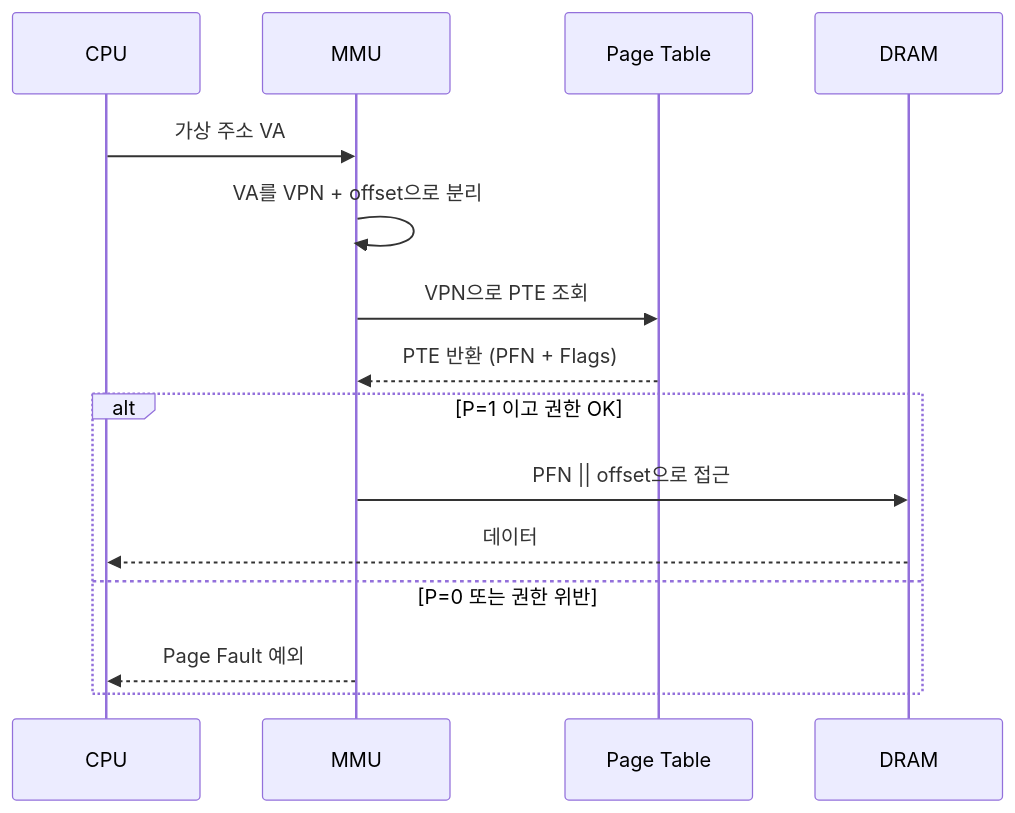
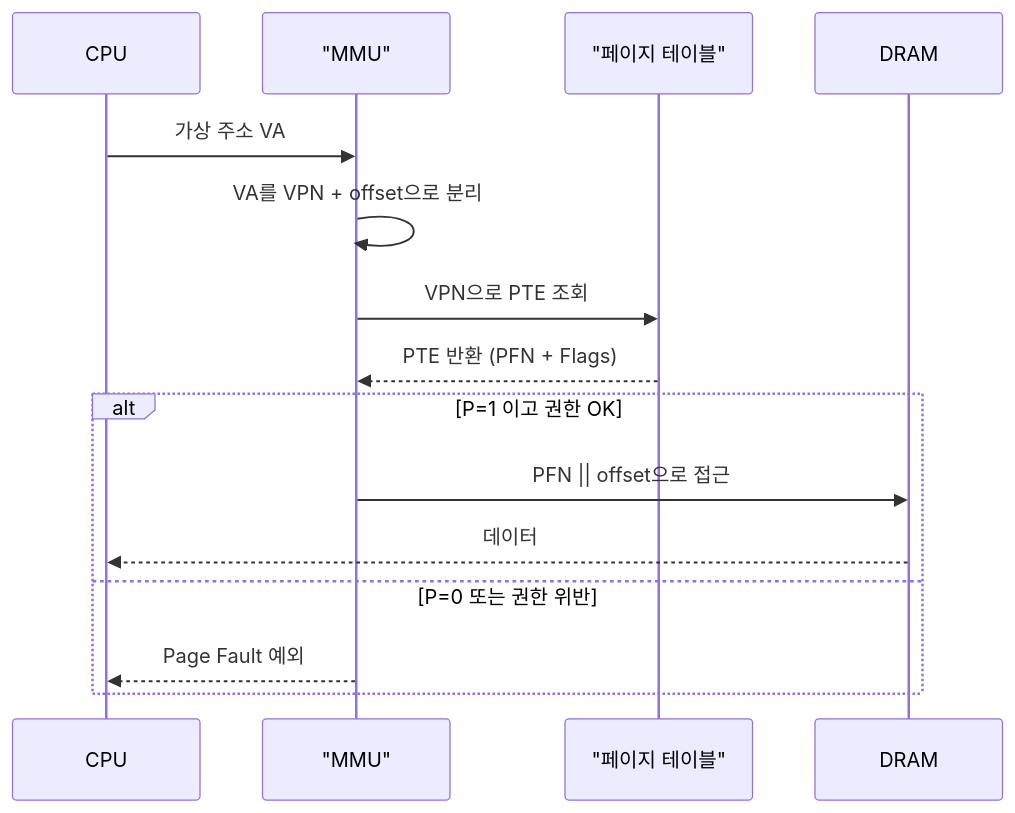
One commit to Jungle-12-303/wk07_6 changed the diagram in docs/blog/concepts/04-page-table-and-pte.md. Above: the diagram before and after it, drawn with Mermaid. The commit also changed other lines of this file and 26 other files, not shown here.

First line of the commit message:
docs: 블로그 소제목·Mermaid·ASCII 박스 가독성 정비

````diff
--- a/docs/blog/concepts/04-page-table-and-pte.md
+++ b/docs/blog/concepts/04-page-table-and-pte.md
@@ -63,17 +62,17 @@
 ```mermaid
 sequenceDiagram
     participant CPU
-    participant MMU as MMU
-    participant PT as Page Table
+    participant MMU as "MMU"
+    participant PT as "페이지 테이블"
     participant DRAM
     CPU->>MMU: 가상 주소 VA
     MMU->>MMU: VA를 VPN + offset으로 분리
     MMU->>PT: VPN으로 PTE 조회
     PT-->>MMU: PTE 반환 (PFN + Flags)
     alt P=1 이고 권한 OK
         MMU->>DRAM: PFN || offset으로 접근
         DRAM-->>CPU: 데이터
     else P=0 또는 권한 위반
         MMU-->>CPU: Page Fault 예외
     end
 ```
````
